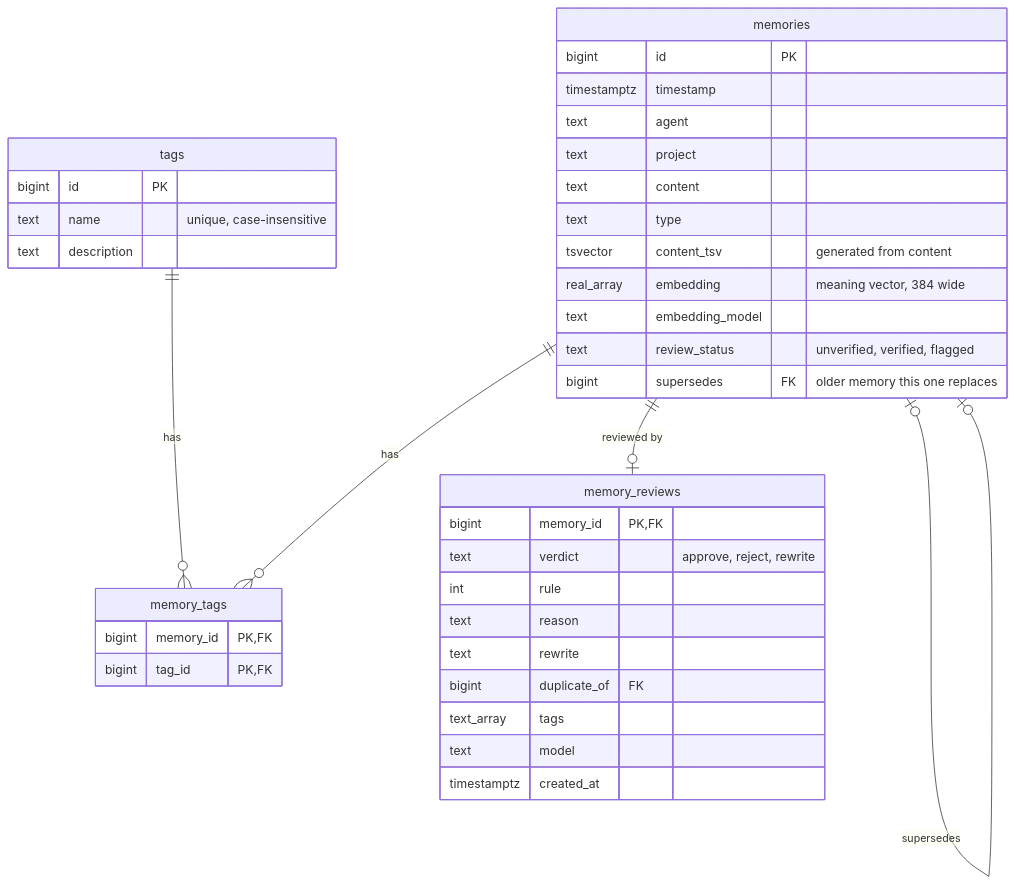
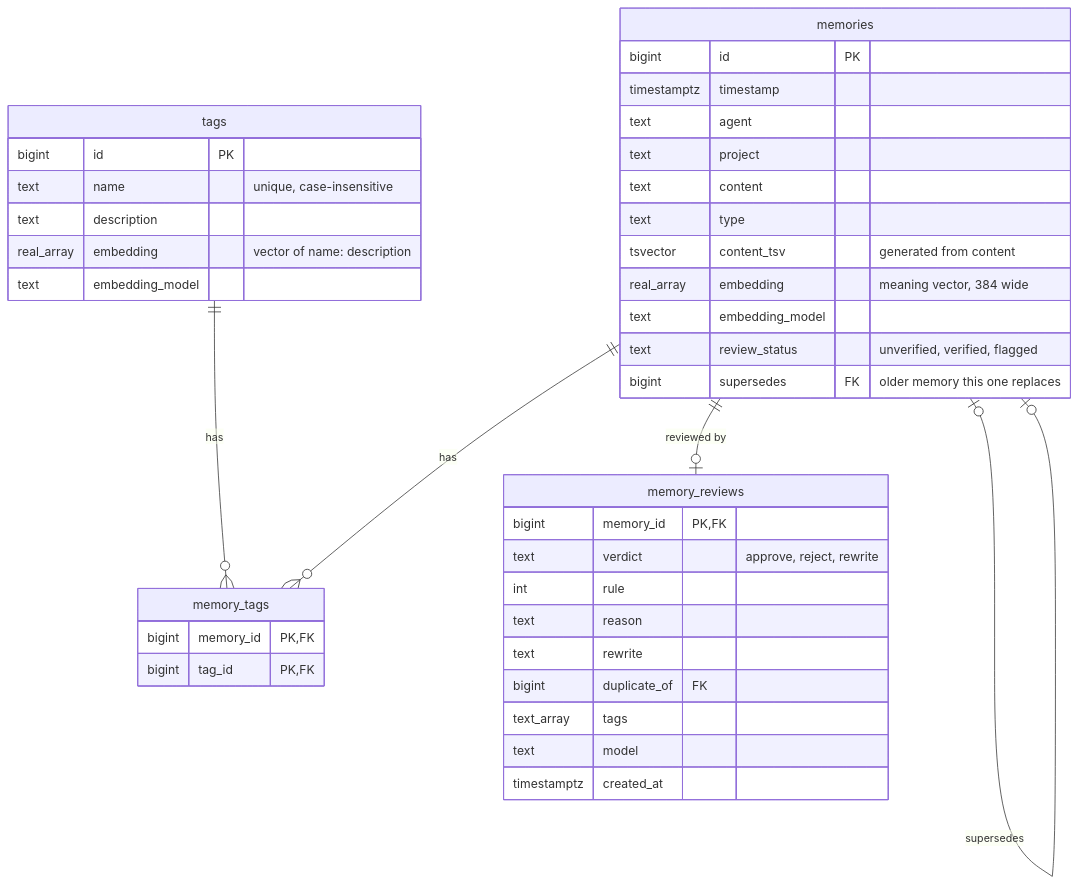
Before and after one commit to kdop/agent-memory: the second of 8 diagrams in ARCHITECTURE.md, drawn with Mermaid. The commit also changed other lines of this file and 14 other files, not shown here.

````diff
--- a/ARCHITECTURE.md
+++ b/ARCHITECTURE.md
@@ -62,41 +62,43 @@
 ```mermaid
 erDiagram
     memories ||--o{ memory_tags : has
     tags ||--o{ memory_tags : has
     memories ||--o| memory_reviews : "reviewed by"
     memories o|--o| memories : supersedes
 
     memories {
         bigint id PK
         timestamptz timestamp
         text agent
         text project
         text content
         text type
         tsvector content_tsv "generated from content"
         real_array embedding "meaning vector, 384 wide"
         text embedding_model
         text review_status "unverified, verified, flagged"
         bigint supersedes FK "older memory this one replaces"
     }
     memory_reviews {
         bigint memory_id PK, FK
         text verdict "approve, reject, rewrite"
         int rule
         text reason
         text rewrite
         bigint duplicate_of FK
         text_array tags
         text model
         timestamptz created_at
     }
     tags {
         bigint id PK
         text name "unique, case-insensitive"
         text description
+        real_array embedding "vector of name: description"
+        text embedding_model
     }
     memory_tags {
         bigint memory_id PK, FK
         bigint tag_id PK, FK
     }
 ```
````
